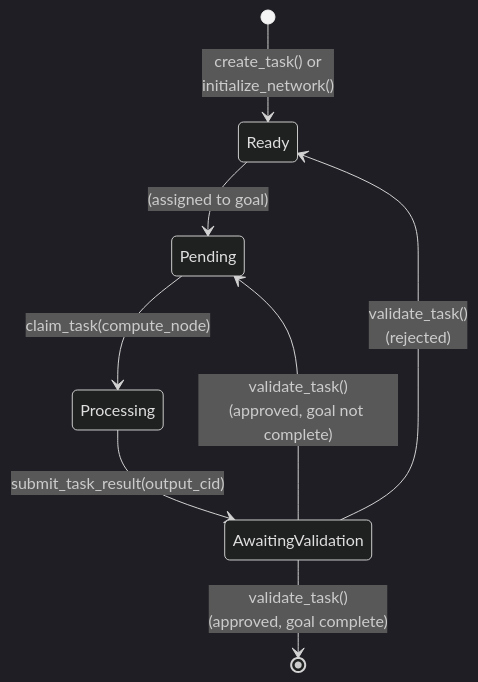
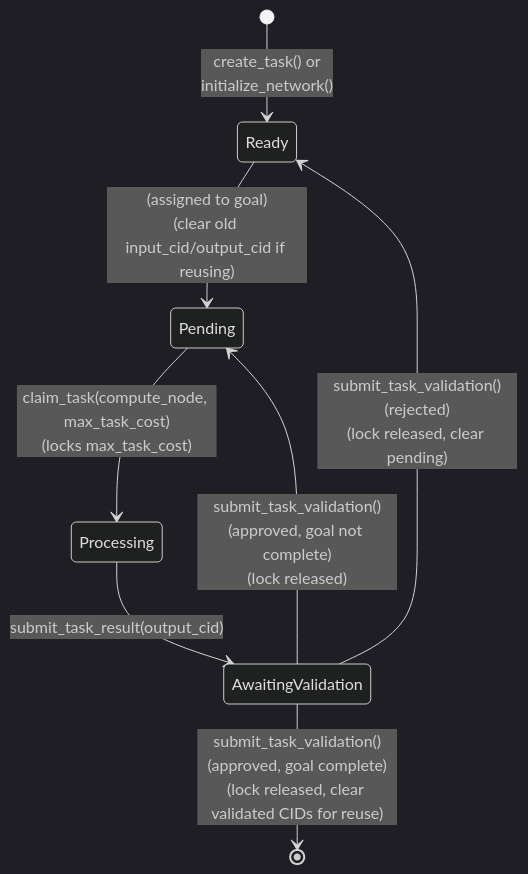
Before and after one commit to JorgeCosta87/decentralized-autonomous-computing: the tenth of 13 diagrams in docs/design.md, drawn with Mermaid (dark theme). The commit also changed other lines of this file and 55 other files, not shown here.

````diff
--- a/docs/design.md
+++ b/docs/design.md
@@ -385,10 +517,10 @@
 ```mermaid
 stateDiagram-v2
     [*] --> Ready: create_task() or<br/>initialize_network()
-    Ready --> Pending: (assigned to goal)
-    Pending --> Processing: claim_task(compute_node)
+    Ready --> Pending: (assigned to goal)<br/>(clear old input_cid/output_cid if reusing)
+    Pending --> Processing: claim_task(compute_node, max_task_cost)<br/>(locks max_task_cost)
     Processing --> AwaitingValidation: submit_task_result(output_cid)
-    AwaitingValidation --> Pending: validate_task()<br/>(approved, goal not complete)
-    AwaitingValidation --> Ready: validate_task()<br/>(rejected)
-    AwaitingValidation --> [*]: validate_task()<br/>(approved, goal complete)
+    AwaitingValidation --> Pending: submit_task_validation()<br/>(approved, goal not complete)<br/>(lock released)
+    AwaitingValidation --> Ready: submit_task_validation()<br/>(rejected)<br/>(lock released, clear pending)
+    AwaitingValidation --> [*]: submit_task_validation()<br/>(approved, goal complete)<br/>(lock released, clear validated CIDs for reuse)
 ```
````
